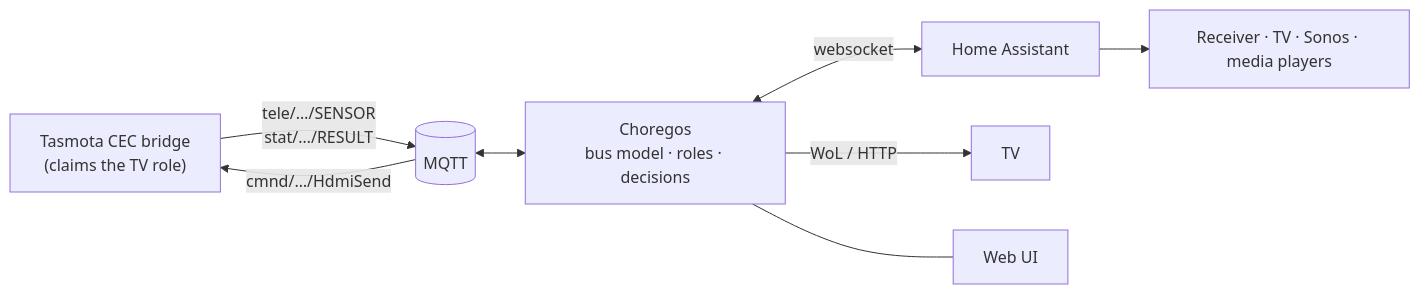
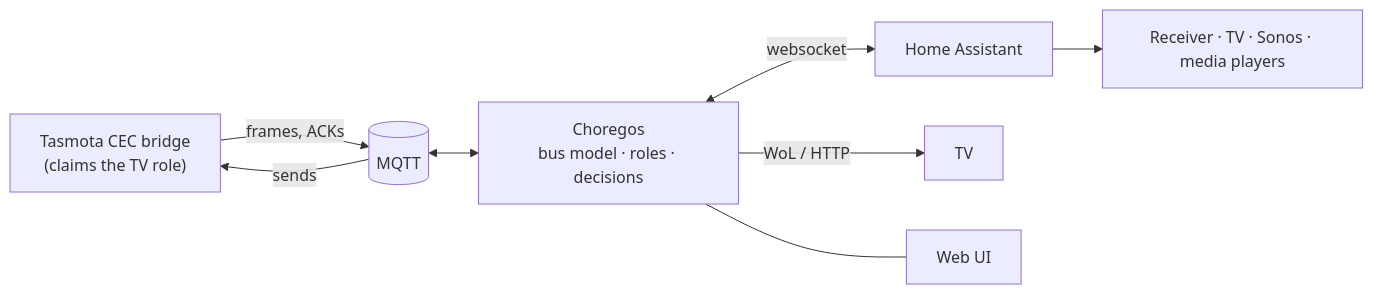
The diagram in README.md (yasen-pavlov/choregos), drawn with Mermaid before and after one commit.

Commit message:
Shorten diagram edge labels

````diff
--- a/README.md
+++ b/README.md
@@ -53,10 +53,10 @@
 ```mermaid
 flowchart LR
-    bridge["Tasmota CEC bridge<br/>(claims the TV role)"] -- "tele/…/SENSOR<br/>stat/…/RESULT" --> mqtt[(MQTT)]
-    mqtt -- "cmnd/…/HdmiSend" --> bridge
+    bridge["Tasmota CEC bridge<br/>(claims the TV role)"] -- "frames, ACKs" --> mqtt[(MQTT)]
+    mqtt -- "sends" --> bridge
     mqtt <--> choregos["Choregos<br/>bus model · roles · decisions"]
     choregos <-- "websocket" --> ha["Home Assistant"]
     ha --> devices["Receiver · TV · Sonos · media players"]
     choregos -- "WoL / HTTP" --> tv["TV"]
     choregos --- web["Web UI"]
 ```
````
